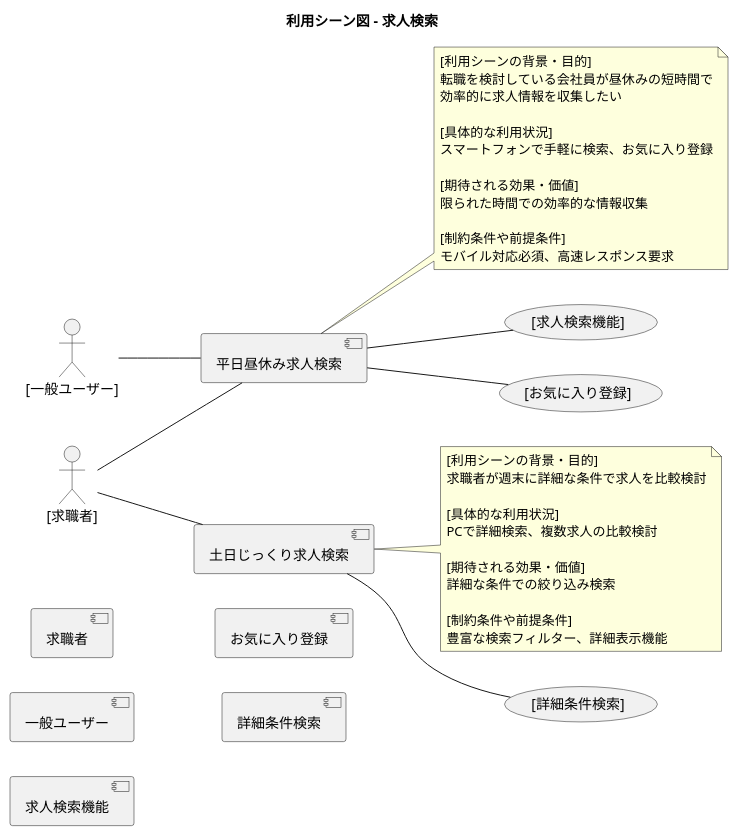
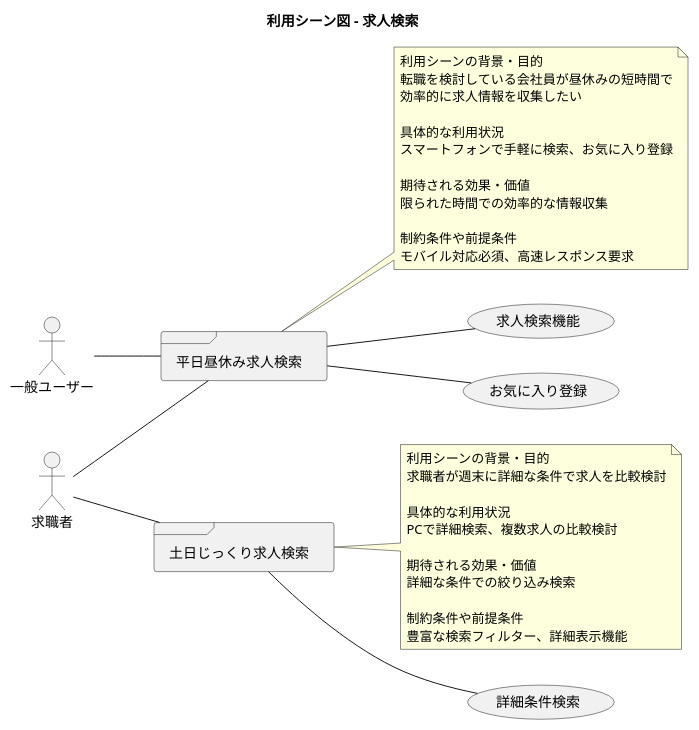
Before and after one commit to k2works/ai-programing-exercise: the eighth of 14 diagrams in docs/requirements/requirements_definition.md, drawn with PlantUML. The commit also changed other lines of this file, not shown here.

First line of the commit message:
style: fix PlantUML actor notation in requirements definition

````diff
--- a/docs/requirements/requirements_definition.md
+++ b/docs/requirements/requirements_definition.md
@@ -330,55 +330,55 @@
 ```plantuml
 @startuml
 
 title 利用シーン図 - 求人検索
 
 left to right direction
 
-actor [求職者]
-actor [一般ユーザー]
+actor 求職者
+actor 一般ユーザー
 
-frame [平日昼休み求人検索]
-note right of [平日昼休み求人検索]
-  [利用シーンの背景・目的]
+frame 平日昼休み求人検索
+note right of 平日昼休み求人検索
+  利用シーンの背景・目的
   転職を検討している会社員が昼休みの短時間で
   効率的に求人情報を収集したい
   
-  [具体的な利用状況]
+  具体的な利用状況
   スマートフォンで手軽に検索、お気に入り登録
   
-  [期待される効果・価値]
+  期待される効果・価値
   限られた時間での効率的な情報収集
   
-  [制約条件や前提条件]
+  制約条件や前提条件
   モバイル対応必須、高速レスポンス要求
 end note
 
-frame [土日じっくり求人検索]
-note right of [土日じっくり求人検索]
-  [利用シーンの背景・目的]
+frame 土日じっくり求人検索
+note right of 土日じっくり求人検索
+  利用シーンの背景・目的
   求職者が週末に詳細な条件で求人を比較検討
   
-  [具体的な利用状況]
+  具体的な利用状況
   PCで詳細検索、複数求人の比較検討
   
-  [期待される効果・価値]
+  期待される効果・価値
   詳細な条件での絞り込み検索
   
-  [制約条件や前提条件]
+  制約条件や前提条件
   豊富な検索フィルター、詳細表示機能
 end note
 
-usecase [求人検索機能]
-usecase [お気に入り登録]
-usecase [詳細条件検索]
+usecase 求人検索機能
+usecase お気に入り登録
+usecase 詳細条件検索
 
-:[求職者]: -- [平日昼休み求人検索]
-:[一般ユーザー]: -- [平日昼休み求人検索]
-[平日昼休み求人検索] -- ([求人検索機能])
-[平日昼休み求人検索] -- ([お気に入り登録])
+:求職者: -- 平日昼休み求人検索
+:一般ユーザー: -- 平日昼休み求人検索
+平日昼休み求人検索 -- (求人検索機能)
+平日昼休み求人検索 -- (お気に入り登録)
 
-:[求職者]: -- [土日じっくり求人検索]
-[土日じっくり求人検索] -- ([詳細条件検索])
+:求職者: -- 土日じっくり求人検索
+土日じっくり求人検索 -- (詳細条件検索)
 
 @enduml
 ```
````
